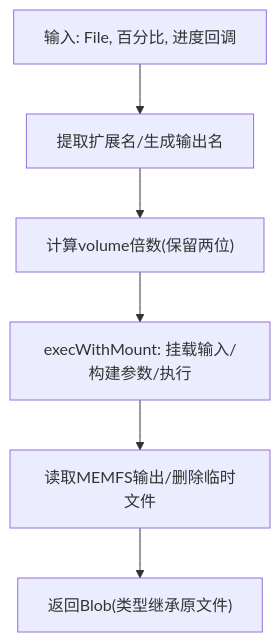
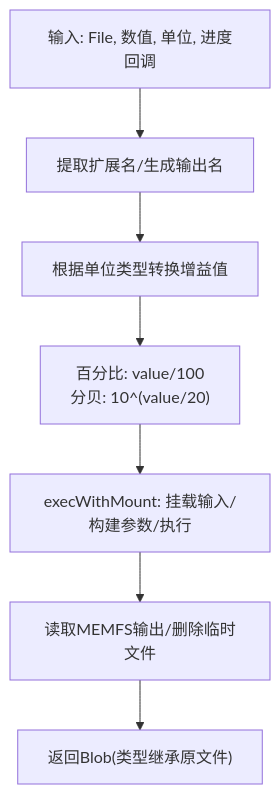
The fourth of 7 diagrams in .qoder/repowiki/zh/content/音频工具/音量调节.md (sgyy/privadeck), drawn with Mermaid before and after one commit. The commit also changed other lines of this file and 3 other files, not shown here.

````diff
--- a/.qoder/repowiki/zh/content/音频工具/音量调节.md
+++ b/.qoder/repowiki/zh/content/音频工具/音量调节.md
@@ -190,8 +219,9 @@
 ```mermaid
 flowchart TD
-A["输入: File, 百分比, 进度回调"] --> B["提取扩展名/生成输出名"]
-B --> C["计算volume倍数(保留两位)"]
-C --> D["execWithMount: 挂载输入/构建参数/执行"]
-D --> E["读取MEMFS输出/删除临时文件"]
-E --> F["返回Blob(类型继承原文件)"]
+A["输入: File, 数值, 单位, 进度回调"] --> B["提取扩展名/生成输出名"]
+B --> C["根据单位类型转换增益值"]
+C --> D["百分比: value/100<br/>分贝: 10^(value/20)"]
+D --> E["execWithMount: 挂载输入/构建参数/执行"]
+E --> F["读取MEMFS输出/删除临时文件"]
+F --> G["返回Blob(类型继承原文件)"]
 ```
````
